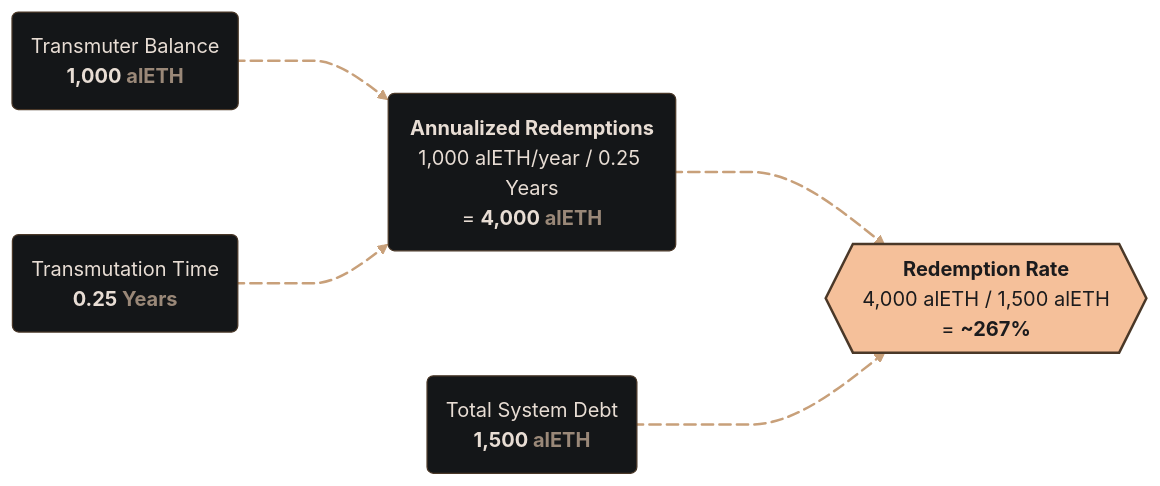
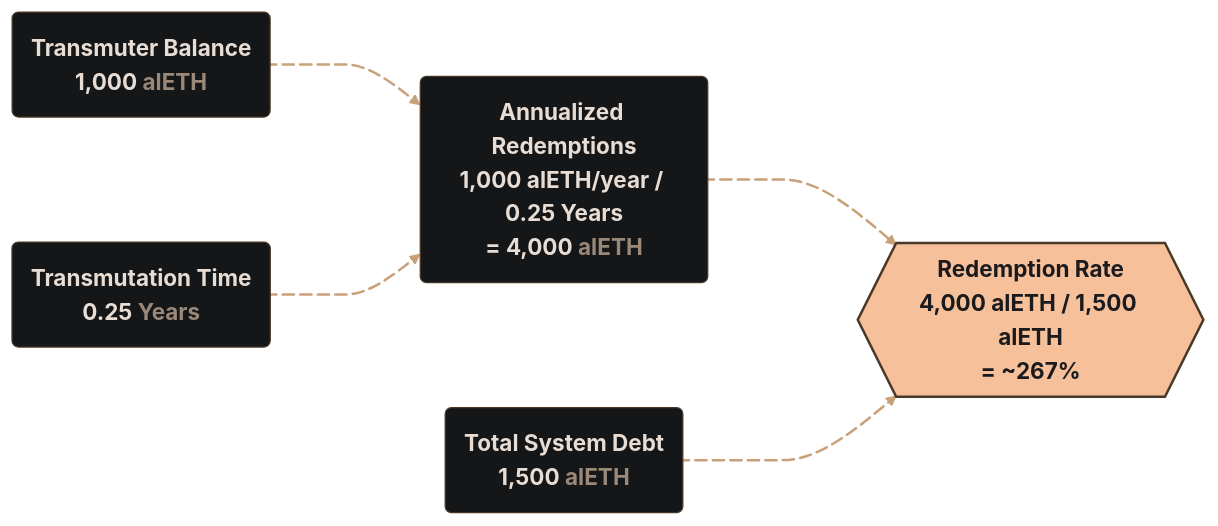
One commit to alchemix-finance/alchemix-v3-docs changed the second of 3 diagrams in docs/user/concepts/redemption-rate.md. Above: the diagram before and after it, drawn with Mermaid. The commit also changed other lines of this file and 31 other files, not shown here.

````diff
--- a/docs/user/concepts/redemption-rate.md
+++ b/docs/user/concepts/redemption-rate.md
@@ -87,40 +86,42 @@
 ```mermaid
 %%{init: {
   'theme': 'base',
   'themeVariables': {
     'fontFamily': 'Montserrat',
     'primaryColor': '#141618',
     'primaryBorderColor': '#4a3828',
     'primaryTextColor': '#e8ddd4',
     'lineColor': '#c8a07a',
     'edgeLabelBackground': '#0d0e10',
-    'tertiaryColor': '#141618'
+    'tertiaryColor': '#141618',
+    'fontSize': '18px'
   },
   'flowchart': {
     'curve': 'monotoneX',
     'nodeSpacing': 100,
     'rankSpacing': 120
   }
 }}%%
 flowchart LR
+    classDef default font-weight:bold;
     %% Nodes
     A(Transmuter Balance<br/><b>1,000 <span style='color:#9a8878'>alETH</span></b>)
     B(Transmutation Time<br/><b>0.25 <span style='color:#9a8878'>Years</span></b>)
     C(Total System Debt<br/><b>1,500 <span style='color:#9a8878'>alETH</span></b>)
     D(<b>Annualized Redemptions</b><br/>1,000 alETH/year / 0.25 Years<br/>= <b>4,000 <span style='color:#9a8878'>alETH</span></b>)
     E{{<b>Redemption Rate</b><br/>4,000 alETH / 1,500 alETH<br/>= <b>~267%</b>}}
 
     %% Logic
     A e1@--> D
     B e2@--> D
     D e3@==> E
     C e4@--> E
 
     %% Styling / Ani
     style E fill:#f5c09a,stroke:#4a3828,stroke-width:2px,color:#1b1b1d
     linkStyle 0,1,2,3 stroke:#c8a07a,stroke-width:2px
     e1@{ animation: slow }
     e2@{ animation: slow }
     e3@{ animation: fast }
     e4@{ animation: slow }
 ```
````
